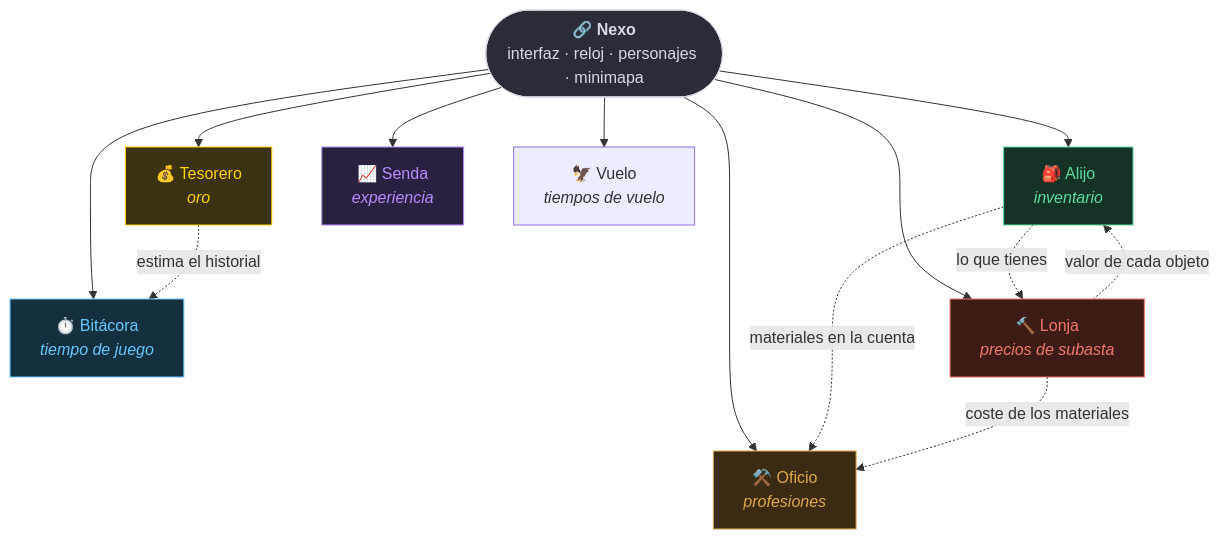
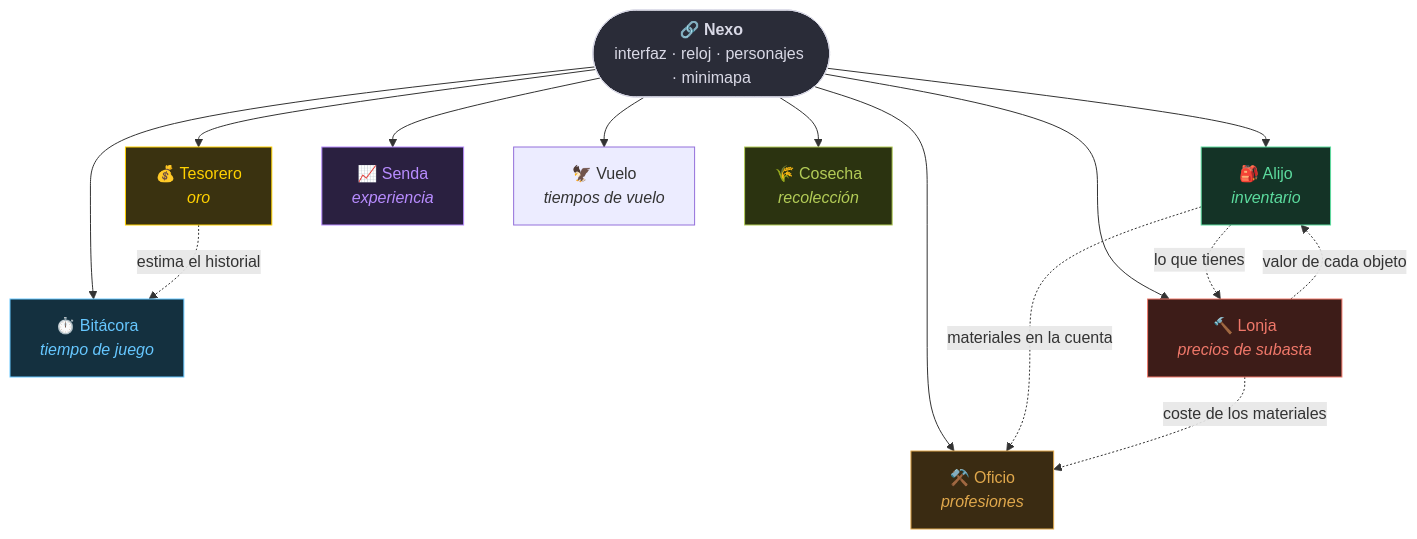
Before and after one commit to marmol89/nexo: the diagram in README.md, drawn with Mermaid. The commit also changed other lines of this file and 9 other files, not shown here.

````diff
--- a/README.md
+++ b/README.md
@@ -41,24 +42,26 @@
 ```mermaid
 flowchart TD
     N(["🔗 <b>Nexo</b><br>interfaz · reloj · personajes · minimapa"])
     N --> T["💰 Tesorero<br><i>oro</i>"]
     N --> B["⏱️ Bitácora<br><i>tiempo de juego</i>"]
     N --> A["🎒 Alijo<br><i>inventario</i>"]
     N --> S["📈 Senda<br><i>experiencia</i>"]
     N --> O["⚒️ Oficio<br><i>profesiones</i>"]
     N --> L["🔨 Lonja<br><i>precios de subasta</i>"]
     N --> V["🦅 Vuelo<br><i>tiempos de vuelo</i>"]
+    N --> G["🌾 Cosecha<br><i>recolección</i>"]
     T -. "estima el historial" .-> B
     A -. "materiales en la cuenta" .-> O
     A -. "lo que tienes" .-> L
     L -. "coste de los materiales" .-> O
     L -. "valor de cada objeto" .-> A
 
     style N fill:#2a2c38,stroke:#d9d9e6,color:#d9d9e6
     style T fill:#3a3210,stroke:#ffd100,color:#ffd100
     style B fill:#14303f,stroke:#66c7ff,color:#66c7ff
     style A fill:#143326,stroke:#5cdb9e,color:#5cdb9e
     style S fill:#2a2040,stroke:#b88cff,color:#b88cff
     style O fill:#3a2b12,stroke:#e0a84c,color:#e0a84c
     style L fill:#3d1c18,stroke:#f0786a,color:#f0786a
+    style G fill:#2b3310,stroke:#b3cc57,color:#b3cc57
 ```
````
